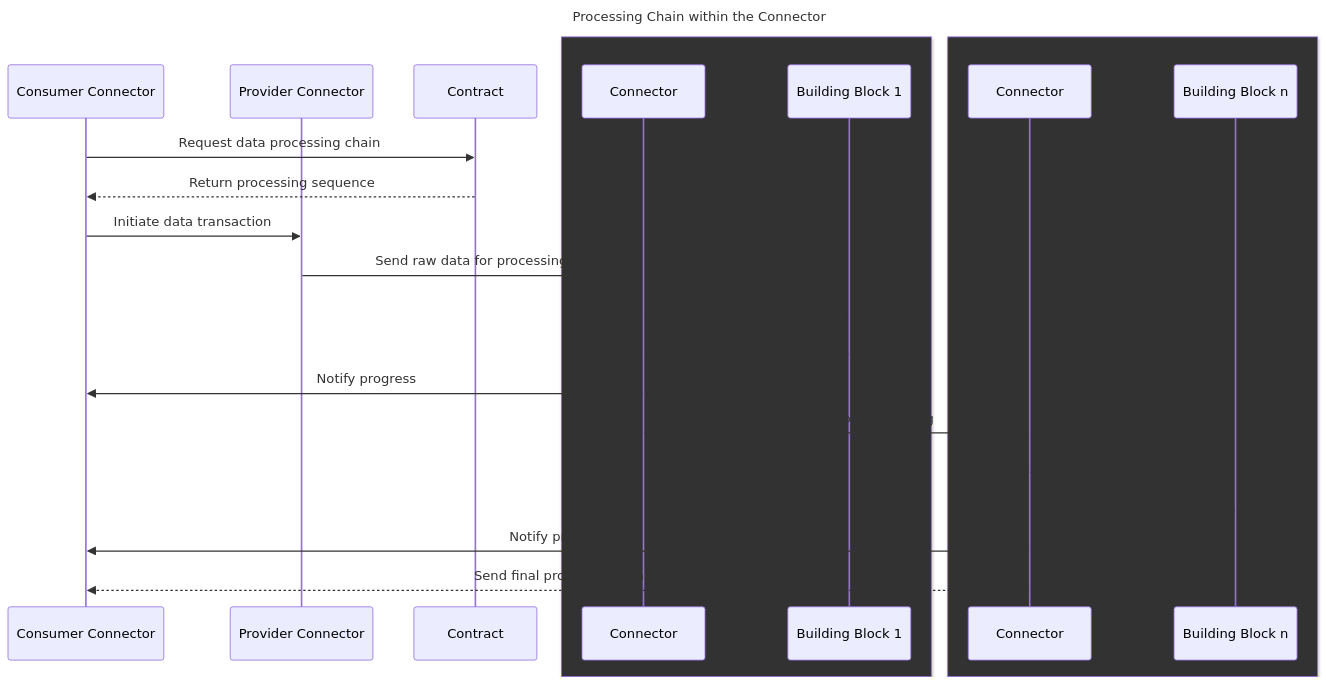
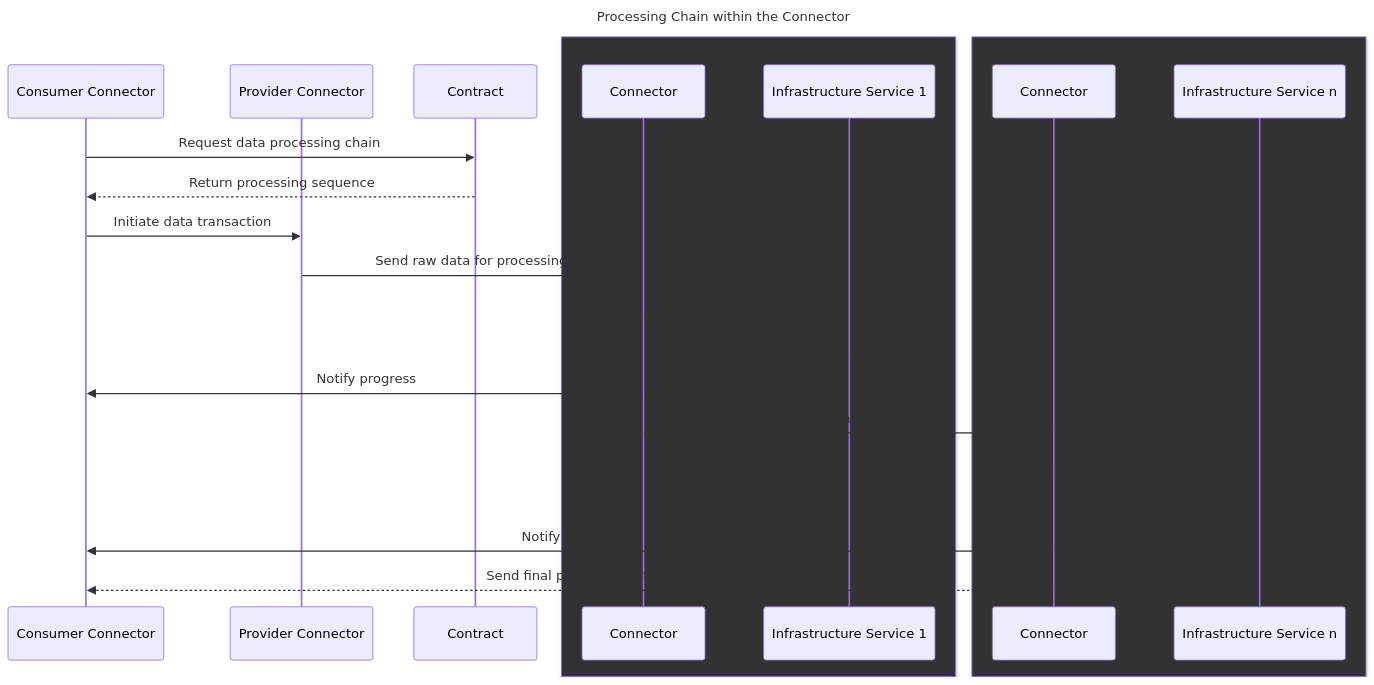
The third of 3 diagrams in docs/design-document.md (mathieu-vision/data-processing-chain-protocol), drawn with Mermaid before and after one commit. The commit also changed other lines of this file, not shown here.

````diff
--- a/docs/design-document.md
+++ b/docs/design-document.md
@@ -208,33 +239,33 @@
 ```mermaid
 ---
 title: Processing Chain within the Connector
 ---
 
 sequenceDiagram
     participant CC as Consumer Connector
     participant PC as Provider Connector
     participant C as Contract
     
     box rgb(50, 50, 50) BB1 Connector
     participant BB1C as Connector
-    participant BB1 as Building Block 1
+    participant BB1 as Infrastructure Service 1
     end
     
     box rgb(50, 50, 50) BBn Connector
     participant BBnC as Connector
-    participant BBn as Building Block n
+    participant BBn as Infrastructure Service n
     end
 
     CC->>C: Request data processing chain
     C-->>CC: Return processing sequence
     CC->>PC: Initiate data transaction
     PC->>BB1C: Send raw data for processing
     BB1C->>BB1: Process data
     BB1-->>BB1C: Return processed data
     BB1C->>CC: Notify progress
     BB1C->>BBnC: Send data for next processing
     BBnC->>BBn: Process data
     BBn-->>BBnC: Return processed data
     BBnC->>CC: Notify progress
     BBnC-->>CC: Send final processed data
 ```
````
